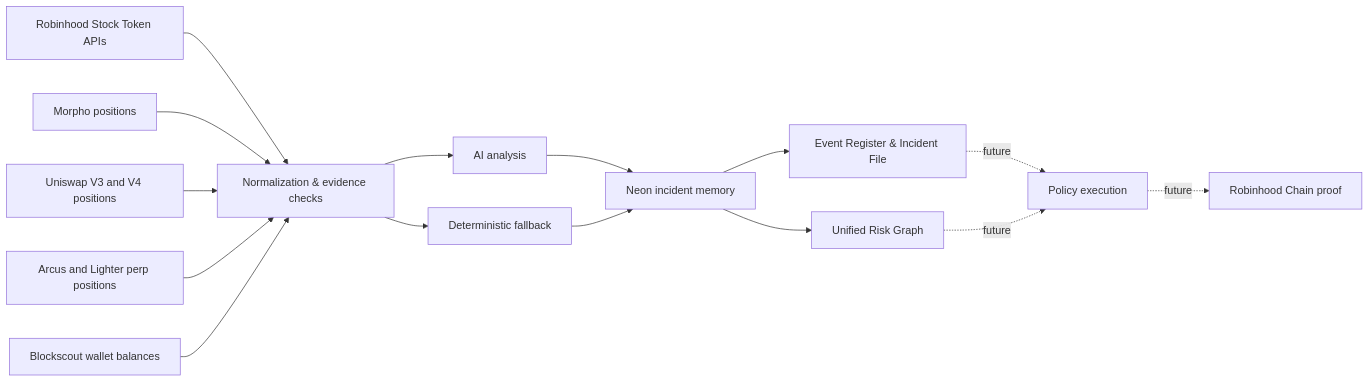
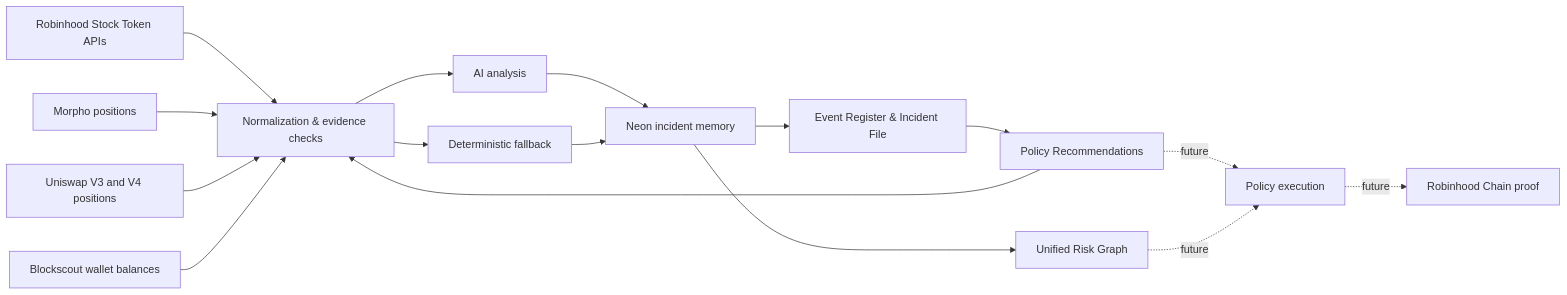
One commit to jiyu1337/mihari changed the diagram in README.md. Above: the diagram before and after it, drawn with Mermaid. The commit also changed other lines of this file and 6 other files, not shown here.

````diff
--- a/README.md
+++ b/README.md
@@ -87,17 +89,18 @@
 ```mermaid
 flowchart LR
     A["Robinhood Stock Token APIs"] --> B["Normalization & evidence checks"]
     M["Morpho positions"] --> B
     U["Uniswap V3 and V4 positions"] --> B
     P["Arcus and Lighter perp positions"] --> B
     W["Blockscout wallet balances"] --> B
     B --> C["AI analysis"]
     B --> D["Deterministic fallback"]
     C --> E["Neon incident memory"]
     D --> E
     E --> F["Event Register & Incident File"]
+    F --> P["Policy Recommendations"]
     E --> R["Unified Risk Graph"]
-    F -. future .-> G["Policy execution"]
+    P -. future .-> G["Policy execution"]
     R -. future .-> G
     G -. future .-> H["Robinhood Chain proof"]
 ```
````
